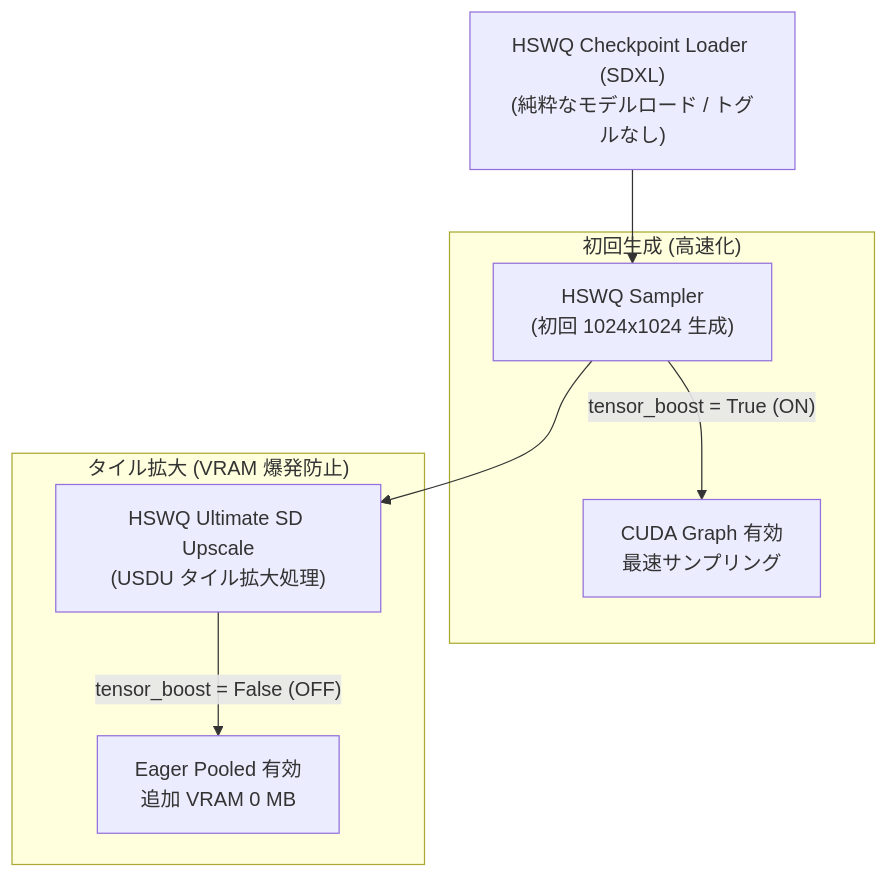
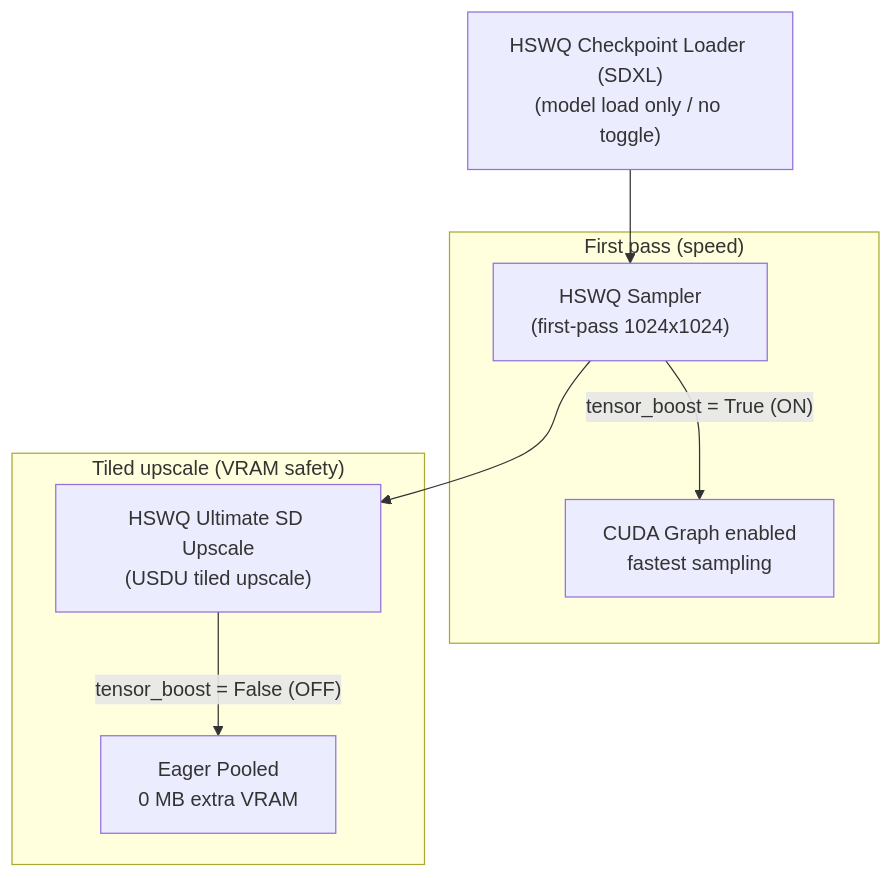
The diagram in md/HSWQ_SDXL_NVFP4_BLACKWELL_ACCELERATION_GUIDE.md (ussoewwin/ComfyUI-HSWQ-Loader-and-Tools), drawn with Mermaid before and after one commit. The commit also changed other lines of this file, not shown here.

Commit message:
\ docs: translate SDXL NVFP4 Blackwell Tensor Boost guide to English\

````diff
--- a/md/HSWQ_SDXL_NVFP4_BLACKWELL_ACCELERATION_GUIDE.md
+++ b/md/HSWQ_SDXL_NVFP4_BLACKWELL_ACCELERATION_GUIDE.md
@@ -54,13 +54,13 @@
 ```mermaid
 graph TD
-    A["HSWQ Checkpoint Loader (SDXL)<br>(純粋なモデルロード / トグルなし)"] --> B["HSWQ Sampler<br>(初回 1024x1024 生成)"]
-    B --> C["HSWQ Ultimate SD Upscale<br>(USDU タイル拡大処理)"]
+    A["HSWQ Checkpoint Loader (SDXL)<br>(model load only / no toggle)"] --> B["HSWQ Sampler<br>(first-pass 1024x1024)"]
+    B --> C["HSWQ Ultimate SD Upscale<br>(USDU tiled upscale)"]
     
-    subgraph "初回生成 (高速化)"
-        B -- "tensor_boost = True (ON)" --> B1["CUDA Graph 有効<br>最速サンプリング"]
+    subgraph "First pass (speed)"
+        B -- "tensor_boost = True (ON)" --> B1["CUDA Graph enabled<br>fastest sampling"]
     end
     
-    subgraph "タイル拡大 (VRAM 爆発防止)"
-        C -- "tensor_boost = False (OFF)" --> C1["Eager Pooled 有効<br>追加 VRAM 0 MB"]
+    subgraph "Tiled upscale (VRAM safety)"
+        C -- "tensor_boost = False (OFF)" --> C1["Eager Pooled<br>0 MB extra VRAM"]
     end
 ```
````
